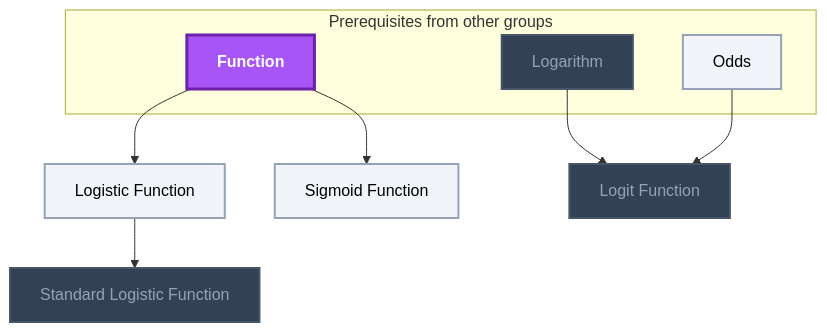
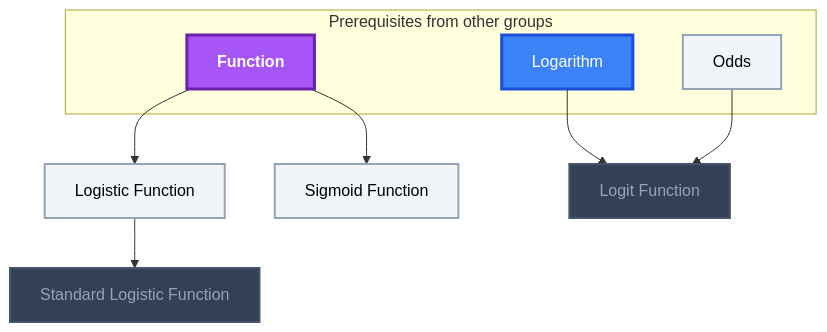
The ninth of 11 diagrams in Gamification/Skill Trees/Categorical Variable Prediction.md (MRauf1/My-Notes), drawn with Mermaid before and after one commit. The commit also changed other lines of this file and 145 other files, not shown here.

````diff
--- a/Gamification/Skill Trees/Categorical Variable Prediction.md
+++ b/Gamification/Skill Trees/Categorical Variable Prediction.md
@@ -542,30 +549,31 @@
 ```mermaid
 flowchart TD
     classDef planned fill:#1E293B,stroke:#64748B,stroke-width:2px,stroke-dasharray:5 5,color:#94A3B8;
     classDef locked fill:#334155,stroke:#475569,stroke-width:2px,color:#94A3B8;
     classDef L0 fill:#F1F5F9,stroke:#94A3B8,stroke-width:2px,color:#000000;
     classDef L1 fill:#22C55E,stroke:#15803D,stroke-width:2px,color:#000000;
     classDef L2 fill:#3B82F6,stroke:#1D4ED8,stroke-width:3px,color:#FFFFFF;
     classDef L3 fill:#A855F7,stroke:#6B21A8,stroke-width:3px,color:#FFFFFF,font-weight:bold;
     classDef L4 fill:#F97316,stroke:#C2410C,stroke-width:4px,color:#000000,font-weight:bold;
     classDef L5 fill:#FFD700,stroke:#FF8C00,stroke-width:5px,color:#000000,font-weight:bold;
     classDef rusty stroke:#8B4513,stroke-width:4px,stroke-dasharray:3 3;
     subgraph sg_prereqs["Prerequisites from other groups"]
         n_function["Function"]
         n_logarithm["Logarithm"]
         n_odds["Odds"]
     end
     n_logistic_function["Logistic Function"]
     n_standard_logistic_function["Standard Logistic Function"]
     n_sigmoid_function["Sigmoid Function"]
     n_logit_function["Logit Function"]
     n_function --> n_logistic_function
     n_logistic_function --> n_standard_logistic_function
     n_function --> n_sigmoid_function
     n_logarithm --> n_logit_function
     n_odds --> n_logit_function
-    class n_logarithm,n_standard_logistic_function,n_logit_function locked;
+    class n_standard_logistic_function,n_logit_function locked;
     class n_odds,n_logistic_function,n_sigmoid_function L0;
+    class n_logarithm L2;
     class n_function L3;
     class n_function,n_logarithm,n_odds,n_logistic_function,n_standard_logistic_function,n_sigmoid_function,n_logit_function internal-link;
 ```
````
